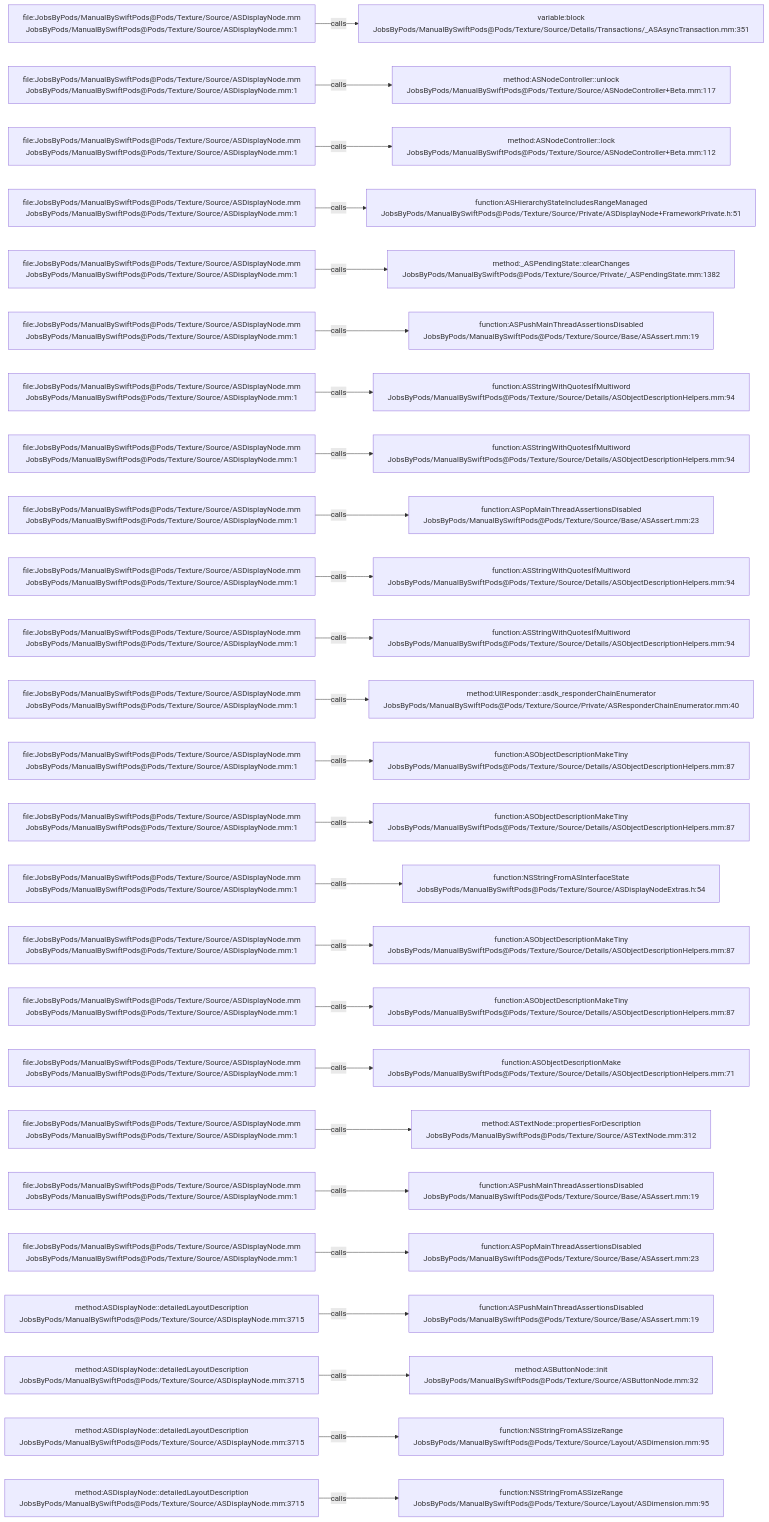
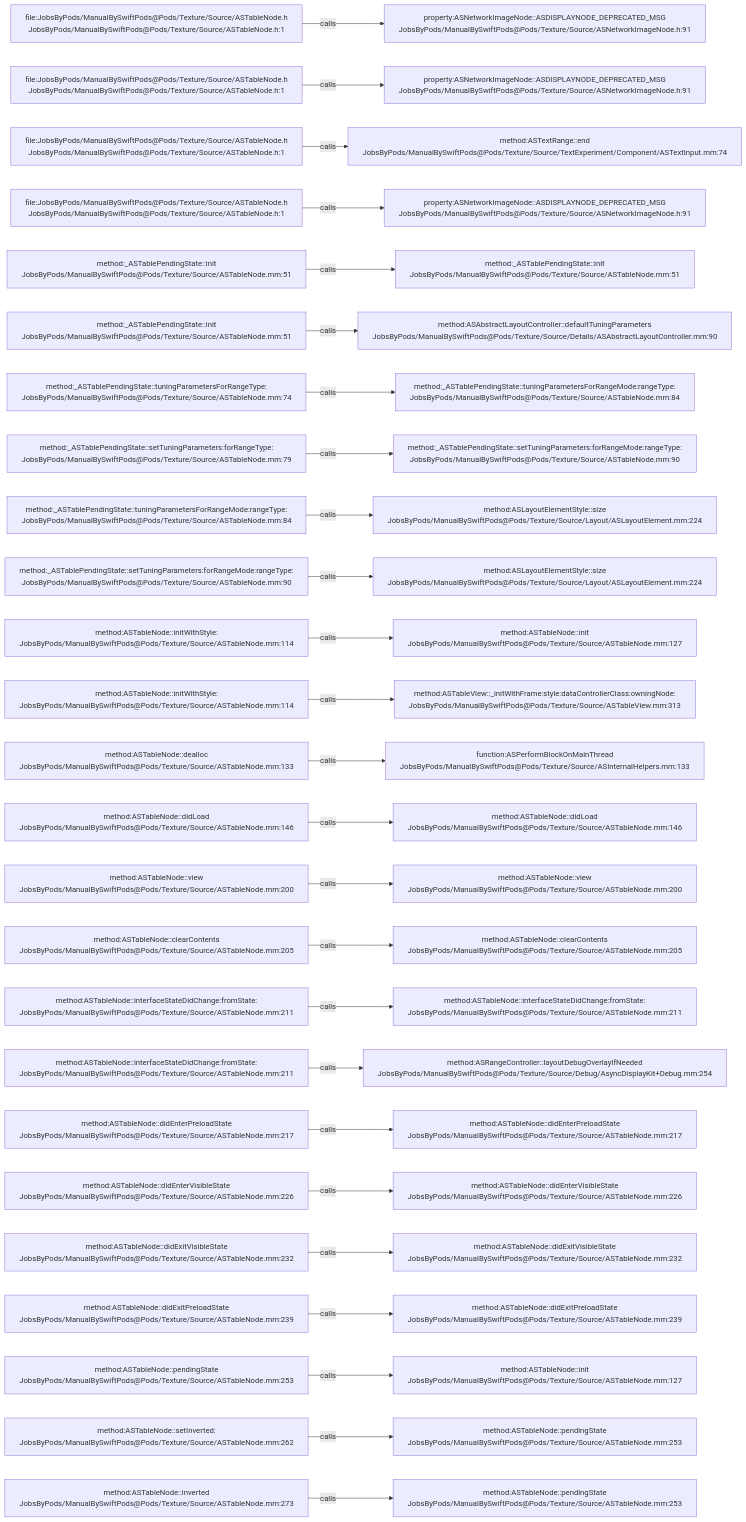
The diagram in .codegraph/codegraph.md/graphs/calls-055.md (JobsKits/JobsSwiftBaseConfigDemo), drawn with Mermaid before and after one commit. The commit also changed 832 other files, not shown here.

````diff
--- a/.codegraph/codegraph.md/graphs/calls-055.md
+++ b/.codegraph/codegraph.md/graphs/calls-055.md
@@ -13,78 +13,78 @@
 ```mermaid
 flowchart LR
-  S1["file:JobsByPods/ManualBySwiftPods@Pods/Texture/Source/ASDisplayNode.mm<br/>JobsByPods/ManualBySwiftPods@Pods/Texture/Source/ASDisplayNode.mm:1"]
-  T1["variable:block<br/>JobsByPods/ManualBySwiftPods@Pods/Texture/Source/Details/Transactions/_ASAsyncTransaction.mm:351"]
+  S1["file:JobsByPods/ManualBySwiftPods@Pods/Texture/Source/ASTableNode.h<br/>JobsByPods/ManualBySwiftPods@Pods/Texture/Source/ASTableNode.h:1"]
+  T1["property:ASNetworkImageNode::ASDISPLAYNODE_DEPRECATED_MSG<br/>JobsByPods/ManualBySwiftPods@Pods/Texture/Source/ASNetworkImageNode.h:91"]
   S1 -->|calls| T1
-  S2["file:JobsByPods/ManualBySwiftPods@Pods/Texture/Source/ASDisplayNode.mm<br/>JobsByPods/ManualBySwiftPods@Pods/Texture/Source/ASDisplayNode.mm:1"]
-  T2["method:ASNodeController::unlock<br/>JobsByPods/ManualBySwiftPods@Pods/Texture/Source/ASNodeController+Beta.mm:117"]
+  S2["file:JobsByPods/ManualBySwiftPods@Pods/Texture/Source/ASTableNode.h<br/>JobsByPods/ManualBySwiftPods@Pods/Texture/Source/ASTableNode.h:1"]
+  T2["property:ASNetworkImageNode::ASDISPLAYNODE_DEPRECATED_MSG<br/>JobsByPods/ManualBySwiftPods@Pods/Texture/Source/ASNetworkImageNode.h:91"]
   S2 -->|calls| T2
-  S3["file:JobsByPods/ManualBySwiftPods@Pods/Texture/Source/ASDisplayNode.mm<br/>JobsByPods/ManualBySwiftPods@Pods/Texture/Source/ASDisplayNode.mm:1"]
-  T3["method:ASNodeController::lock<br/>JobsByPods/ManualBySwiftPods@Pods/Texture/Source/ASNodeController+Beta.mm:112"]
+  S3["file:JobsByPods/ManualBySwiftPods@Pods/Texture/Source/ASTableNode.h<br/>JobsByPods/ManualBySwiftPods@Pods/Texture/Source/ASTableNode.h:1"]
+  T3["method:ASTextRange::end<br/>JobsByPods/ManualBySwiftPods@Pods/Texture/Source/TextExperiment/Component/ASTextInput.mm:74"]
   S3 -->|calls| T3
-  S4["file:JobsByPods/ManualBySwiftPods@Pods/Texture/Source/ASDisplayNode.mm<br/>JobsByPods/ManualBySwiftPods@Pods/Texture/Source/ASDisplayNode.mm:1"]
-  T4["function:ASHierarchyStateIncludesRangeManaged<br/>JobsByPods/ManualBySwiftPods@Pods/Texture/Source/Private/ASDisplayNode+FrameworkPrivate.h:51"]
+  S4["file:JobsByPods/ManualBySwiftPods@Pods/Texture/Source/ASTableNode.h<br/>JobsByPods/ManualBySwiftPods@Pods/Texture/Source/ASTableNode.h:1"]
+  T4["property:ASNetworkImageNode::ASDISPLAYNODE_DEPRECATED_MSG<br/>JobsByPods/ManualBySwiftPods@Pods/Texture/Source/ASNetworkImageNode.h:91"]
   S4 -->|calls| T4
-  S5["file:JobsByPods/ManualBySwiftPods@Pods/Texture/Source/ASDisplayNode.mm<br/>JobsByPods/ManualBySwiftPods@Pods/Texture/Source/ASDisplayNode.mm:1"]
-  T5["method:_ASPendingState::clearChanges<br/>JobsByPods/ManualBySwiftPods@Pods/Texture/Source/Private/_ASPendingState.mm:1382"]
+  S5["method:_ASTablePendingState::init<br/>JobsByPods/ManualBySwiftPods@Pods/Texture/Source/ASTableNode.mm:51"]
+  T5["method:_ASTablePendingState::init<br/>JobsByPods/ManualBySwiftPods@Pods/Texture/Source/ASTableNode.mm:51"]
   S5 -->|calls| T5
-  S6["file:JobsByPods/ManualBySwiftPods@Pods/Texture/Source/ASDisplayNode.mm<br/>JobsByPods/ManualBySwiftPods@Pods/Texture/Source/ASDisplayNode.mm:1"]
-  T6["function:ASPushMainThreadAssertionsDisabled<br/>JobsByPods/ManualBySwiftPods@Pods/Texture/Source/Base/ASAssert.mm:19"]
+  S6["method:_ASTablePendingState::init<br/>JobsByPods/ManualBySwiftPods@Pods/Texture/Source/ASTableNode.mm:51"]
+  T6["method:ASAbstractLayoutController::defaultTuningParameters<br/>JobsByPods/ManualBySwiftPods@Pods/Texture/Source/Details/ASAbstractLayoutController.mm:90"]
   S6 -->|calls| T6
-  S7["file:JobsByPods/ManualBySwiftPods@Pods/Texture/Source/ASDisplayNode.mm<br/>JobsByPods/ManualBySwiftPods@Pods/Texture/Source/ASDisplayNode.mm:1"]
-  T7["function:ASStringWithQuotesIfMultiword<br/>JobsByPods/ManualBySwiftPods@Pods/Texture/Source/Details/ASObjectDescriptionHelpers.mm:94"]
+  S7["method:_ASTablePendingState::tuningParametersForRangeType:<br/>JobsByPods/ManualBySwiftPods@Pods/Texture/Source/ASTableNode.mm:74"]
+  T7["method:_ASTablePendingState::tuningParametersForRangeMode:rangeType:<br/>JobsByPods/ManualBySwiftPods@Pods/Texture/Source/ASTableNode.mm:84"]
   S7 -->|calls| T7
-  S8["file:JobsByPods/ManualBySwiftPods@Pods/Texture/Source/ASDisplayNode.mm<br/>JobsByPods/ManualBySwiftPods@Pods/Texture/Source/ASDisplayNode.mm:1"]
-  T8["function:ASStringWithQuotesIfMultiword<br/>JobsByPods/ManualBySwiftPods@Pods/Texture/Source/Details/ASObjectDescriptionHelpers.mm:94"]
+  S8["method:_ASTablePendingState::setTuningParameters:forRangeType:<br/>JobsByPods/ManualBySwiftPods@Pods/Texture/Source/ASTableNode.mm:79"]
+  T8["method:_ASTablePendingState::setTuningParameters:forRangeMode:rangeType:<br/>JobsByPods/ManualBySwiftPods@Pods/Texture/Source/ASTableNode.mm:90"]
   S8 -->|calls| T8
-  S9["file:JobsByPods/ManualBySwiftPods@Pods/Texture/Source/ASDisplayNode.mm<br/>JobsByPods/ManualBySwiftPods@Pods/Texture/Source/ASDisplayNode.mm:1"]
-  T9["function:ASPopMainThreadAssertionsDisabled<br/>JobsByPods/ManualBySwiftPods@Pods/Texture/Source/Base/ASAssert.mm:23"]
+  S9["method:_ASTablePendingState::tuningParametersForRangeMode:rangeType:<br/>JobsByPods/ManualBySwiftPods@Pods/Texture/Source/ASTableNode.mm:84"]
+  T9["method:ASLayoutElementStyle::size<br/>JobsByPods/ManualBySwiftPods@Pods/Texture/Source/Layout/ASLayoutElement.mm:224"]
   S9 -->|calls| T9
-  S10["file:JobsByPods/ManualBySwiftPods@Pods/Texture/Source/ASDisplayNode.mm<br/>JobsByPods/ManualBySwiftPods@Pods/Texture/Source/ASDisplayNode.mm:1"]
-  T10["function:ASStringWithQuotesIfMultiword<br/>JobsByPods/ManualBySwiftPods@Pods/Texture/Source/Details/ASObjectDescriptionHelpers.mm:94"]
+  S10["method:_ASTablePendingState::setTuningParameters:forRangeMode:rangeType:<br/>JobsByPods/ManualBySwiftPods@Pods/Texture/Source/ASTableNode.mm:90"]
+  T10["method:ASLayoutElementStyle::size<br/>JobsByPods/ManualBySwiftPods@Pods/Texture/Source/Layout/ASLayoutElement.mm:224"]
   S10 -->|calls| T10
-  S11["file:JobsByPods/ManualBySwiftPods@Pods/Texture/Source/ASDisplayNode.mm<br/>JobsByPods/ManualBySwiftPods@Pods/Texture/Source/ASDisplayNode.mm:1"]
-  T11["function:ASStringWithQuotesIfMultiword<br/>JobsByPods/ManualBySwiftPods@Pods/Texture/Source/Details/ASObjectDescriptionHelpers.mm:94"]
+  S11["method:ASTableNode::initWithStyle:<br/>JobsByPods/ManualBySwiftPods@Pods/Texture/Source/ASTableNode.mm:114"]
+  T11["method:ASTableNode::init<br/>JobsByPods/ManualBySwiftPods@Pods/Texture/Source/ASTableNode.mm:127"]
   S11 -->|calls| T11
-  S12["file:JobsByPods/ManualBySwiftPods@Pods/Texture/Source/ASDisplayNode.mm<br/>JobsByPods/ManualBySwiftPods@Pods/Texture/Source/ASDisplayNode.mm:1"]
-  T12["method:UIResponder::asdk_responderChainEnumerator<br/>JobsByPods/ManualBySwiftPods@Pods/Texture/Source/Private/ASResponderChainEnumerator.mm:40"]
+  S12["method:ASTableNode::initWithStyle:<br/>JobsByPods/ManualBySwiftPods@Pods/Texture/Source/ASTableNode.mm:114"]
+  T12["method:ASTableView::_initWithFrame:style:dataControllerClass:owningNode:<br/>JobsByPods/ManualBySwiftPods@Pods/Texture/Source/ASTableView.mm:313"]
   S12 -->|calls| T12
-  S13["file:JobsByPods/ManualBySwiftPods@Pods/Texture/Source/ASDisplayNode.mm<br/>JobsByPods/ManualBySwiftPods@Pods/Texture/Source/ASDisplayNode.mm:1"]
-  T13["function:ASObjectDescriptionMakeTiny<br/>JobsByPods/ManualBySwiftPods@Pods/Texture/Source/Details/ASObjectDescriptionHelpers.mm:87"]
+  S13["method:ASTableNode::dealloc<br/>JobsByPods/ManualBySwiftPods@Pods/Texture/Source/ASTableNode.mm:133"]
+  T13["function:ASPerformBlockOnMainThread<br/>JobsByPods/ManualBySwiftPods@Pods/Texture/Source/ASInternalHelpers.mm:133"]
   S13 -->|calls| T13
-  S14["file:JobsByPods/ManualBySwiftPods@Pods/Texture/Source/ASDisplayNode.mm<br/>JobsByPods/ManualBySwiftPods@Pods/Texture/Source/ASDisplayNode.mm:1"]
-  T14["function:ASObjectDescriptionMakeTiny<br/>JobsByPods/ManualBySwiftPods@Pods/Texture/Source/Details/ASObjectDescriptionHelpers.mm:87"]
+  S14["method:ASTableNode::didLoad<br/>JobsByPods/ManualBySwiftPods@Pods/Texture/Source/ASTableNode.mm:146"]
+  T14["method:ASTableNode::didLoad<br/>JobsByPods/ManualBySwiftPods@Pods/Texture/Source/ASTableNode.mm:146"]
   S14 -->|calls| T14
-  S15["file:JobsByPods/ManualBySwiftPods@Pods/Texture/Source/ASDisplayNode.mm<br/>JobsByPods/ManualBySwiftPods@Pods/Texture/Source/ASDisplayNode.mm:1"]
-  T15["function:NSStringFromASInterfaceState<br/>JobsByPods/ManualBySwiftPods@Pods/Texture/Source/ASDisplayNodeExtras.h:54"]
+  S15["method:ASTableNode::view<br/>JobsByPods/ManualBySwiftPods@Pods/Texture/Source/ASTableNode.mm:200"]
+  T15["method:ASTableNode::view<br/>JobsByPods/ManualBySwiftPods@Pods/Texture/Source/ASTableNode.mm:200"]
   S15 -->|calls| T15
-  S16["file:JobsByPods/ManualBySwiftPods@Pods/Texture/Source/ASDisplayNode.mm<br/>JobsByPods/ManualBySwiftPods@Pods/Texture/Source/ASDisplayNode.mm:1"]
-  T16["function:ASObjectDescriptionMakeTiny<br/>JobsByPods/ManualBySwiftPods@Pods/Texture/Source/Details/ASObjectDescriptionHelpers.mm:87"]
+  S16["method:ASTableNode::clearContents<br/>JobsByPods/ManualBySwiftPods@Pods/Texture/Source/ASTableNode.mm:205"]
+  T16["method:ASTableNode::clearContents<br/>JobsByPods/ManualBySwiftPods@Pods/Texture/Source/ASTableNode.mm:205"]
   S16 -->|calls| T16
-  S17["file:JobsByPods/ManualBySwiftPods@Pods/Texture/Source/ASDisplayNode.mm<br/>JobsByPods/ManualBySwiftPods@Pods/Texture/Source/ASDisplayNode.mm:1"]
-  T17["function:ASObjectDescriptionMakeTiny<br/>JobsByPods/ManualBySwiftPods@Pods/Texture/Source/Details/ASObjectDescriptionHelpers.mm:87"]
+  S17["method:ASTableNode::interfaceStateDidChange:fromState:<br/>JobsByPods/ManualBySwiftPods@Pods/Texture/Source/ASTableNode.mm:211"]
+  T17["method:ASTableNode::interfaceStateDidChange:fromState:<br/>JobsByPods/ManualBySwiftPods@Pods/Texture/Source/ASTableNode.mm:211"]
   S17 -->|calls| T17
-  S18["file:JobsByPods/ManualBySwiftPods@Pods/Texture/Source/ASDisplayNode.mm<br/>JobsByPods/ManualBySwiftPods@Pods/Texture/Source/ASDisplayNode.mm:1"]
-  T18["function:ASObjectDescriptionMake<br/>JobsByPods/ManualBySwiftPods@Pods/Texture/Source/Details/ASObjectDescriptionHelpers.mm:71"]
+  S18["method:ASTableNode::interfaceStateDidChange:fromState:<br/>JobsByPods/ManualBySwiftPods@Pods/Texture/Source/ASTableNode.mm:211"]
+  T18["method:ASRangeController::layoutDebugOverlayIfNeeded<br/>JobsByPods/ManualBySwiftPods@Pods/Texture/Source/Debug/AsyncDisplayKit+Debug.mm:254"]
   S18 -->|calls| T18
-  S19["file:JobsByPods/ManualBySwiftPods@Pods/Texture/Source/ASDisplayNode.mm<br/>JobsByPods/ManualBySwiftPods@Pods/Texture/Source/ASDisplayNode.mm:1"]
-  T19["method:ASTextNode::propertiesForDescription<br/>JobsByPods/ManualBySwiftPods@Pods/Texture/Source/ASTextNode.mm:312"]
+  S19["method:ASTableNode::didEnterPreloadState<br/>JobsByPods/ManualBySwiftPods@Pods/Texture/Source/ASTableNode.mm:217"]
+  T19["method:ASTableNode::didEnterPreloadState<br/>JobsByPods/ManualBySwiftPods@Pods/Texture/Source/ASTableNode.mm:217"]
   S19 -->|calls| T19
-  S20["file:JobsByPods/ManualBySwiftPods@Pods/Texture/Source/ASDisplayNode.mm<br/>JobsByPods/ManualBySwiftPods@Pods/Texture/Source/ASDisplayNode.mm:1"]
-  T20["function:ASPushMainThreadAssertionsDisabled<br/>JobsByPods/ManualBySwiftPods@Pods/Texture/Source/Base/ASAssert.mm:19"]
+  S20["method:ASTableNode::didEnterVisibleState<br/>JobsByPods/ManualBySwiftPods@Pods/Texture/Source/ASTableNode.mm:226"]
+  T20["method:ASTableNode::didEnterVisibleState<br/>JobsByPods/ManualBySwiftPods@Pods/Texture/Source/ASTableNode.mm:226"]
   S20 -->|calls| T20
-  S21["file:JobsByPods/ManualBySwiftPods@Pods/Texture/Source/ASDisplayNode.mm<br/>JobsByPods/ManualBySwiftPods@Pods/Texture/Source/ASDisplayNode.mm:1"]
-  T21["function:ASPopMainThreadAssertionsDisabled<br/>JobsByPods/ManualBySwiftPods@Pods/Texture/Source/Base/ASAssert.mm:23"]
+  S21["method:ASTableNode::didExitVisibleState<br/>JobsByPods/ManualBySwiftPods@Pods/Texture/Source/ASTableNode.mm:232"]
+  T21["method:ASTableNode::didExitVisibleState<br/>JobsByPods/ManualBySwiftPods@Pods/Texture/Source/ASTableNode.mm:232"]
   S21 -->|calls| T21
-  S22["method:ASDisplayNode::detailedLayoutDescription<br/>JobsByPods/ManualBySwiftPods@Pods/Texture/Source/ASDisplayNode.mm:3715"]
-  T22["function:ASPushMainThreadAssertionsDisabled<br/>JobsByPods/ManualBySwiftPods@Pods/Texture/Source/Base/ASAssert.mm:19"]
+  S22["method:ASTableNode::didExitPreloadState<br/>JobsByPods/ManualBySwiftPods@Pods/Texture/Source/ASTableNode.mm:239"]
+  T22["method:ASTableNode::didExitPreloadState<br/>JobsByPods/ManualBySwiftPods@Pods/Texture/Source/ASTableNode.mm:239"]
   S22 -->|calls| T22
-  S23["method:ASDisplayNode::detailedLayoutDescription<br/>JobsByPods/ManualBySwiftPods@Pods/Texture/Source/ASDisplayNode.mm:3715"]
-  T23["method:ASButtonNode::init<br/>JobsByPods/ManualBySwiftPods@Pods/Texture/Source/ASButtonNode.mm:32"]
+  S23["method:ASTableNode::pendingState<br/>JobsByPods/ManualBySwiftPods@Pods/Texture/Source/ASTableNode.mm:253"]
+  T23["method:ASTableNode::init<br/>JobsByPods/ManualBySwiftPods@Pods/Texture/Source/ASTableNode.mm:127"]
   S23 -->|calls| T23
-  S24["method:ASDisplayNode::detailedLayoutDescription<br/>JobsByPods/ManualBySwiftPods@Pods/Texture/Source/ASDisplayNode.mm:3715"]
-  T24["function:NSStringFromASSizeRange<br/>JobsByPods/ManualBySwiftPods@Pods/Texture/Source/Layout/ASDimension.mm:95"]
+  S24["method:ASTableNode::setInverted:<br/>JobsByPods/ManualBySwiftPods@Pods/Texture/Source/ASTableNode.mm:262"]
+  T24["method:ASTableNode::pendingState<br/>JobsByPods/ManualBySwiftPods@Pods/Texture/Source/ASTableNode.mm:253"]
   S24 -->|calls| T24
-  S25["method:ASDisplayNode::detailedLayoutDescription<br/>JobsByPods/ManualBySwiftPods@Pods/Texture/Source/ASDisplayNode.mm:3715"]
-  T25["function:NSStringFromASSizeRange<br/>JobsByPods/ManualBySwiftPods@Pods/Texture/Source/Layout/ASDimension.mm:95"]
+  S25["method:ASTableNode::inverted<br/>JobsByPods/ManualBySwiftPods@Pods/Texture/Source/ASTableNode.mm:273"]
+  T25["method:ASTableNode::pendingState<br/>JobsByPods/ManualBySwiftPods@Pods/Texture/Source/ASTableNode.mm:253"]
   S25 -->|calls| T25
 ```
````
